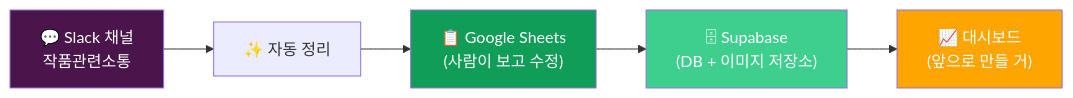
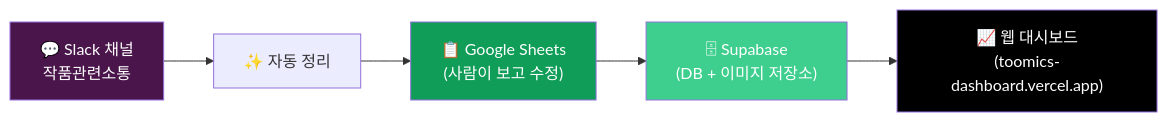
The first of 7 diagrams in ARCHITECTURE.md (chonghlee-cmyk/slack_messages), drawn with Mermaid before and after one commit. The commit also changed other lines of this file and 1 other file, not shown here.

First line of the commit message:
docs: 최근 변경사항 반영 (대시보드 배포, 다중 작품, 다국어 매칭, egress 최적화)

````diff
--- a/ARCHITECTURE.md
+++ b/ARCHITECTURE.md
@@ -24,12 +24,12 @@
 ```mermaid
 flowchart LR
     A["💬 Slack 채널<br/>작품관련소통"] --> B["✨ 자동 정리"]
     B --> C["📋 Google Sheets<br/>(사람이 보고 수정)"]
     C --> D["🗄 Supabase<br/>(DB + 이미지 저장소)"]
-    D --> E["📈 대시보드<br/>(앞으로 만들 거)"]
+    D --> E["📈 웹 대시보드<br/>(toomics-dashboard.vercel.app)"]
 
     style A fill:#4A154B,color:#fff
     style C fill:#0F9D58,color:#fff
     style D fill:#3ECF8E,color:#fff
-    style E fill:#FFA500,color:#fff
+    style E fill:#000,color:#fff
 ```
````
